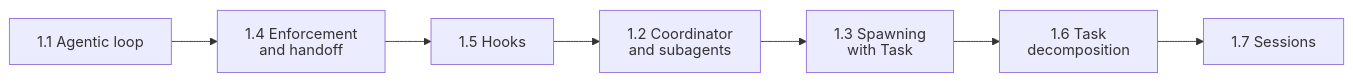
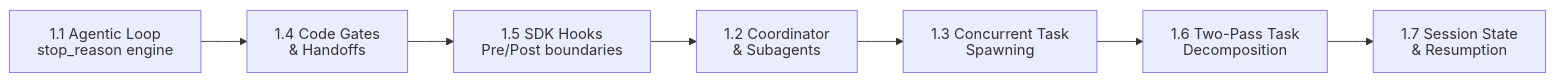
The second of 2 diagrams in domain1/README.md (dip4k/claude_cert_architect_foundation_prep), drawn with Mermaid before and after one commit. The commit also changed other lines of this file and 50 other files, not shown here.

````diff
--- a/domain1/README.md
+++ b/domain1/README.md
@@ -27,13 +59,13 @@
 ```mermaid
 ---
 config:
   htmlLabels: false
 ---
 flowchart LR
-    T11["1.1 Agentic loop"] --> T14["1.4 Enforcement<br>and handoff"]
-    T14 --> T15["1.5 Hooks"]
-    T15 --> T12["1.2 Coordinator<br>and subagents"]
-    T12 --> T13["1.3 Spawning<br>with Task"]
-    T13 --> T16["1.6 Task<br>decomposition"]
-    T16 --> T17["1.7 Sessions"]
+    T11["1.1 Agentic Loop<br>stop_reason engine"] --> T14["1.4 Code Gates<br>& Handoffs"]
+    T14 --> T15["1.5 SDK Hooks<br>Pre/Post boundaries"]
+    T15 --> T12["1.2 Coordinator<br>& Subagents"]
+    T12 --> T13["1.3 Concurrent Task<br>Spawning"]
+    T13 --> T16["1.6 Two-Pass Task<br>Decomposition"]
+    T16 --> T17["1.7 Session State<br>& Resumption"]
 ```
````
